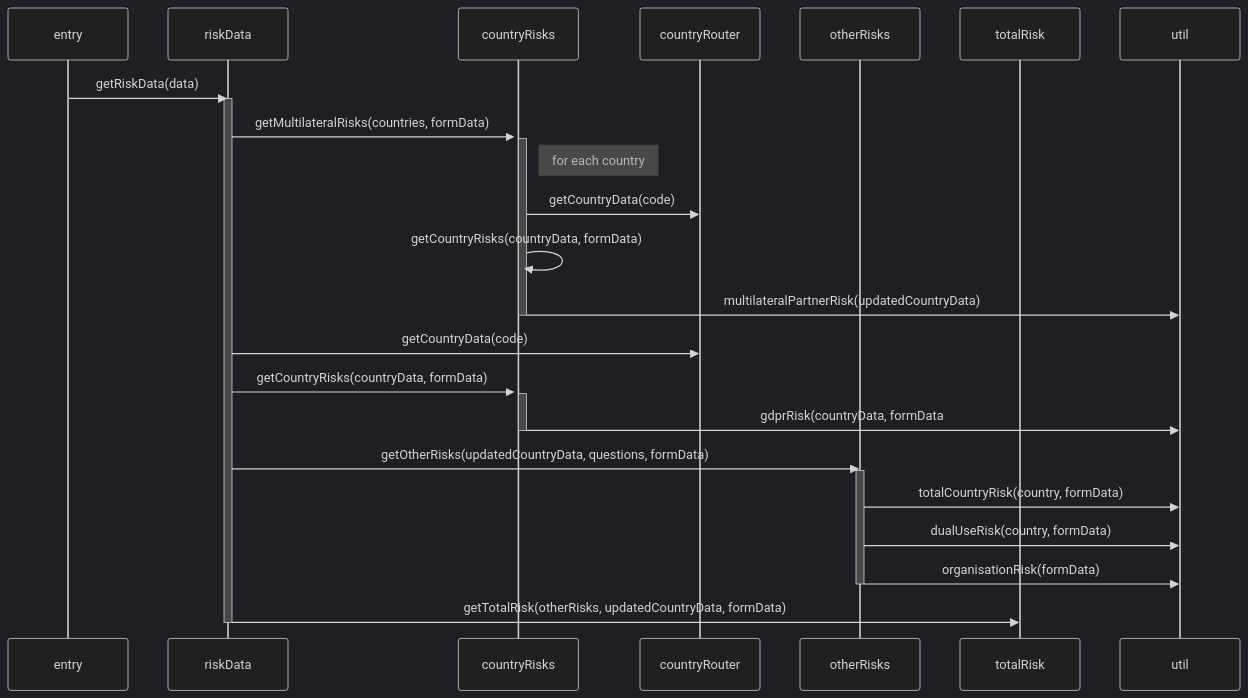
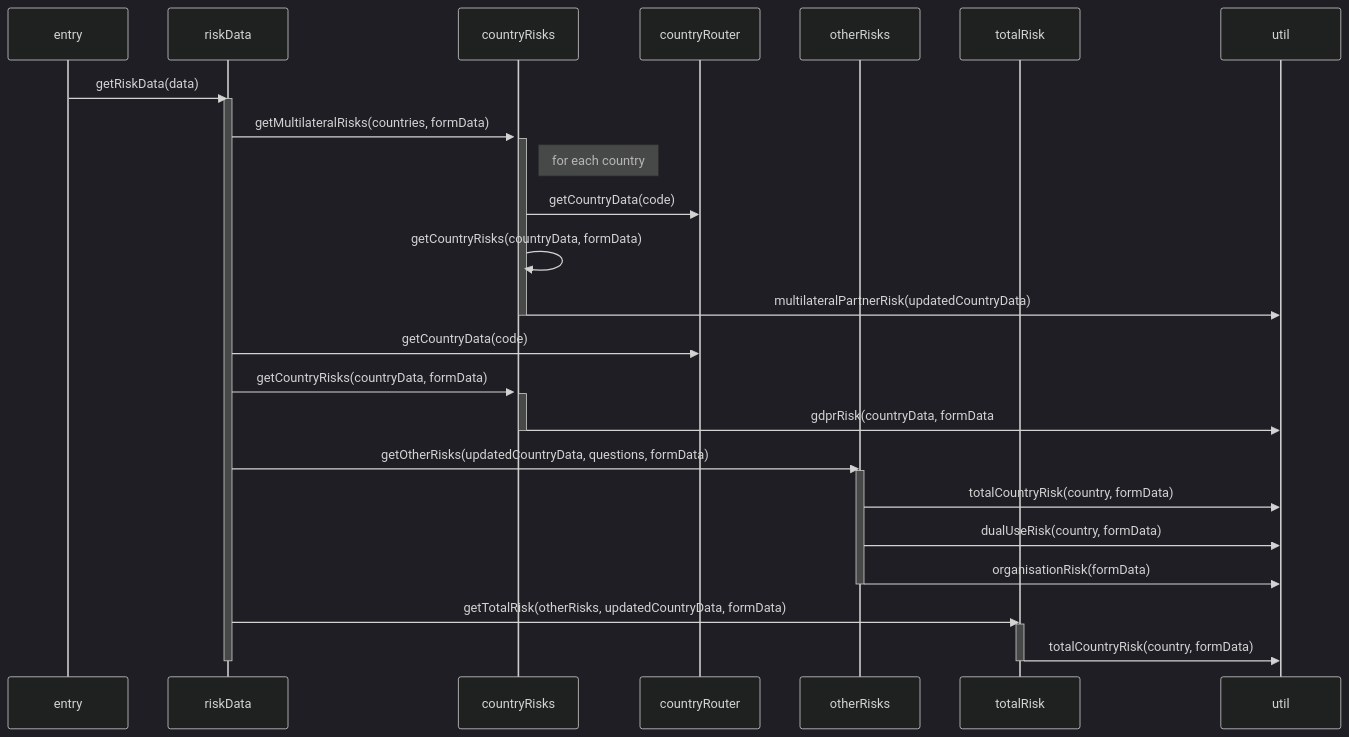
The diagram in docs/control_flow.md (UniversityOfHelsinkiCS/riksutin), drawn with Mermaid (dark theme) before and after one commit.

````diff
--- a/docs/control_flow.md
+++ b/docs/control_flow.md
@@ -1,33 +1,36 @@
 ```mermaid
 sequenceDiagram
     participant entry
     participant riskData
     participant countryRisks
     participant countryRouter
     participant otherRisks
     participant totalRisk
     participant util
 
     entry->>riskData: getRiskData(data)
     activate riskData
     riskData ->>+ countryRisks: getMultilateralRisks(countries, formData)
     activate countryRisks
     Note right of countryRisks: for each country
     countryRisks ->> countryRouter: getCountryData(code)
     countryRisks ->> countryRisks: getCountryRisks(countryData, formData)
     countryRisks ->> util: multilateralPartnerRisk(updatedCountryData)
     deactivate countryRisks
     riskData ->> countryRouter: getCountryData(code)
     riskData ->> countryRisks: getCountryRisks(countryData, formData)
     activate countryRisks
     countryRisks ->> util: gdprRisk(countryData, formData
     deactivate countryRisks
     riskData ->> otherRisks: getOtherRisks(updatedCountryData, questions, formData)
     activate otherRisks
     otherRisks ->> util: totalCountryRisk(country, formData)
     otherRisks ->> util: dualUseRisk(country, formData)
     otherRisks ->> util: organisationRisk(formData)
     deactivate otherRisks
     riskData ->> totalRisk: getTotalRisk(otherRisks, updatedCountryData, formData)
+    activate totalRisk
+    totalRisk ->> util: totalCountryRisk(country, formData)
+    deactivate totalRisk
     deactivate riskData
 ```
````
